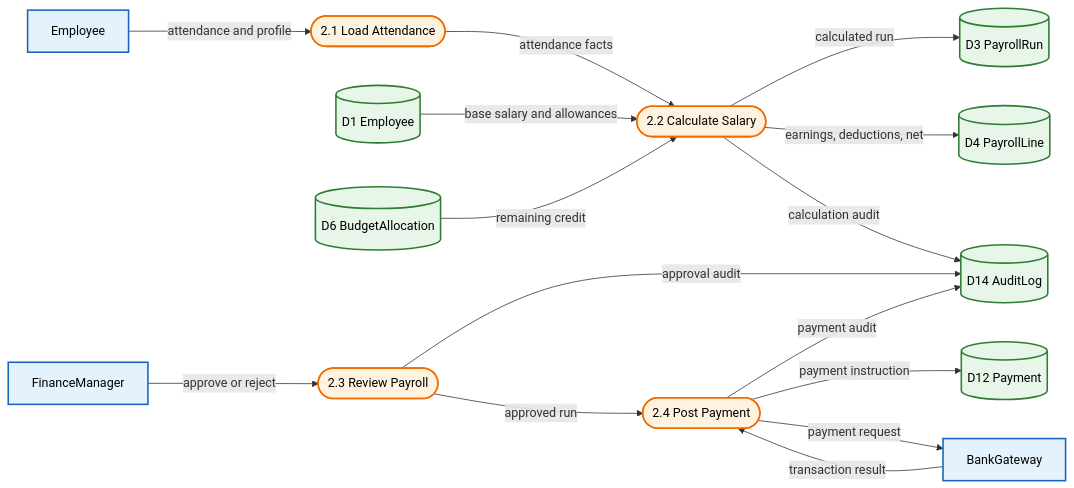
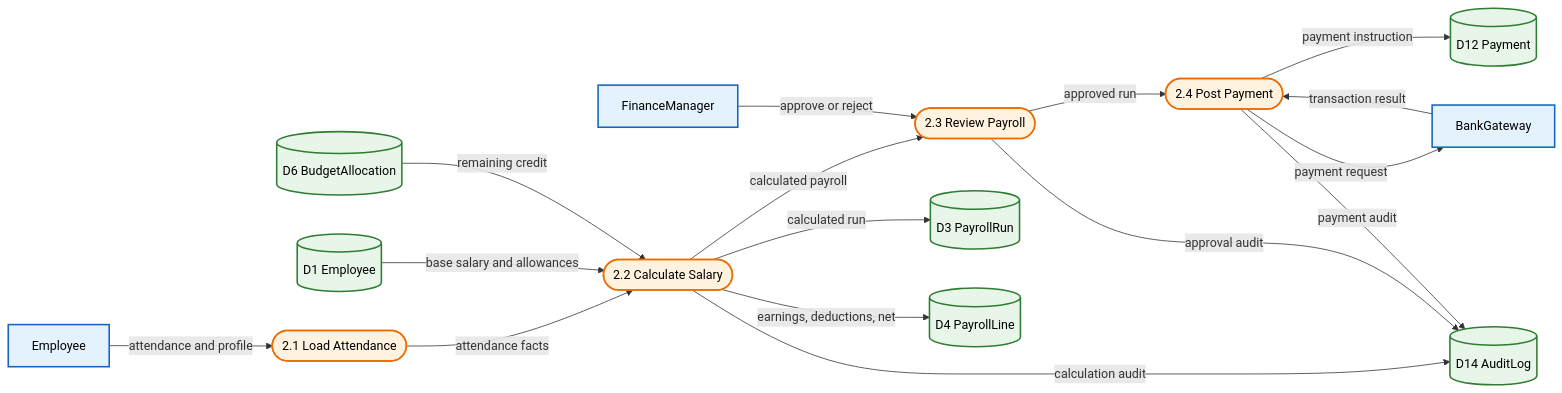
One commit to Shakour-Data/BedaanWaves changed the fourth of 11 diagrams in docs/02_architecture/ARCH_integrated-hr-finance-procurement-dfd_v1.md. Above: the diagram before and after it, drawn with Mermaid. The commit also changed other lines of this file and 62 other files, not shown here.

````diff
--- a/docs/02_architecture/ARCH_integrated-hr-finance-procurement-dfd_v1.md
+++ b/docs/02_architecture/ARCH_integrated-hr-finance-procurement-dfd_v1.md
@@ -213,35 +219,36 @@
 ```mermaid
 flowchart LR
-    classDef entity fill:#E3F2FD,stroke:#1565C0,stroke-width:2px,color:#000;
-    classDef process fill:#FFF3E0,stroke:#EF6C00,stroke-width:2px,color:#000;
-    classDef store fill:#E8F5E9,stroke:#2E7D32,stroke-width:2px,color:#000;
+classDef entity fill:#E3F2FD,stroke:#1565C0,stroke-width:2px,color:#000;
+classDef process fill:#FFF3E0,stroke:#EF6C00,stroke-width:2px,color:#000;
+classDef store fill:#E8F5E9,stroke:#2E7D32,stroke-width:2px,color:#000;
 
-    EMP[Employee]:::entity
-    FIN[FinanceManager]:::entity
-    BANK[BankGateway]:::entity
-    P21([2.1 Load Attendance]):::process
-    P22([2.2 Calculate Salary]):::process
-    P23([2.3 Review Payroll]):::process
-    P24([2.4 Post Payment]):::process
-    D1[(D1 Employee)]:::store
-    D3[(D3 PayrollRun)]:::store
-    D4[(D4 PayrollLine)]:::store
-    D6[(D6 BudgetAllocation)]:::store
-    D12[(D12 Payment)]:::store
-    D14[(D14 AuditLog)]:::store
+EMP[Employee]:::entity
+FIN[FinanceManager]:::entity
+BANK[BankGateway]:::entity
+P21([2.1 Load Attendance]):::process
+P22([2.2 Calculate Salary]):::process
+P23([2.3 Review Payroll]):::process
+P24([2.4 Post Payment]):::process
+D1[(D1 Employee)]:::store
+D3[(D3 PayrollRun)]:::store
+D4[(D4 PayrollLine)]:::store
+D6[(D6 BudgetAllocation)]:::store
+D12[(D12 Payment)]:::store
+D14[(D14 AuditLog)]:::store
 
     EMP -->|attendance and profile| P21
     P21 -->|attendance facts| P22
     D1 -->|base salary and allowances| P22
     D6 -->|remaining credit| P22
+    P22 -->|calculated payroll| P23
     P22 -->|calculated run| D3
     P22 -->|earnings, deductions, net| D4
     FIN -->|approve or reject| P23
-    P23 -->|approved run| P24
-    P24 -->|payment instruction| D12
-    P24 -->|payment request| BANK
-    BANK -->|transaction result| P24
-    P22 -->|calculation audit| D14
-    P23 -->|approval audit| D14
-    P24 -->|payment audit| D14
+P23 -->|approved run| P24
+P24 -->|payment instruction| D12
+P24 -->|payment request| BANK
+BANK -->|transaction result| P24
+P22 -->|calculation audit| D14
+P23 -->|approval audit| D14
+P24 -->|payment audit| D14
 ```
````
